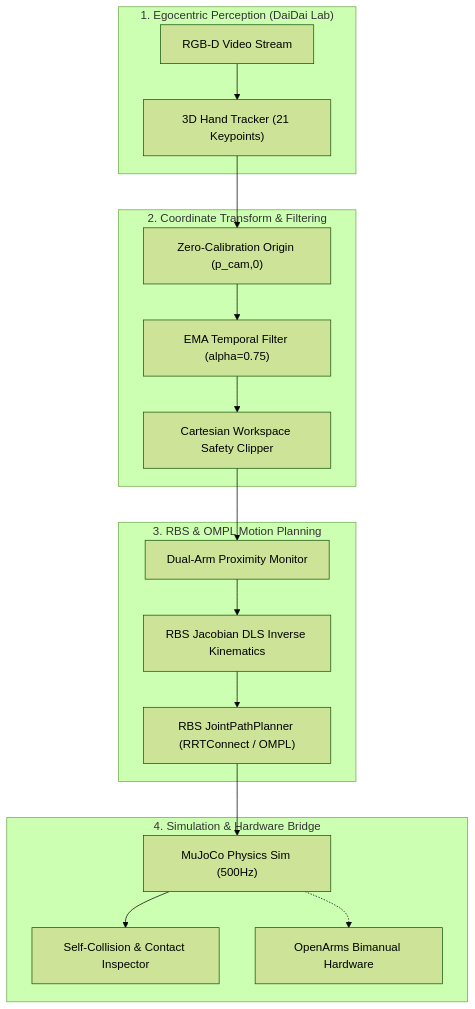
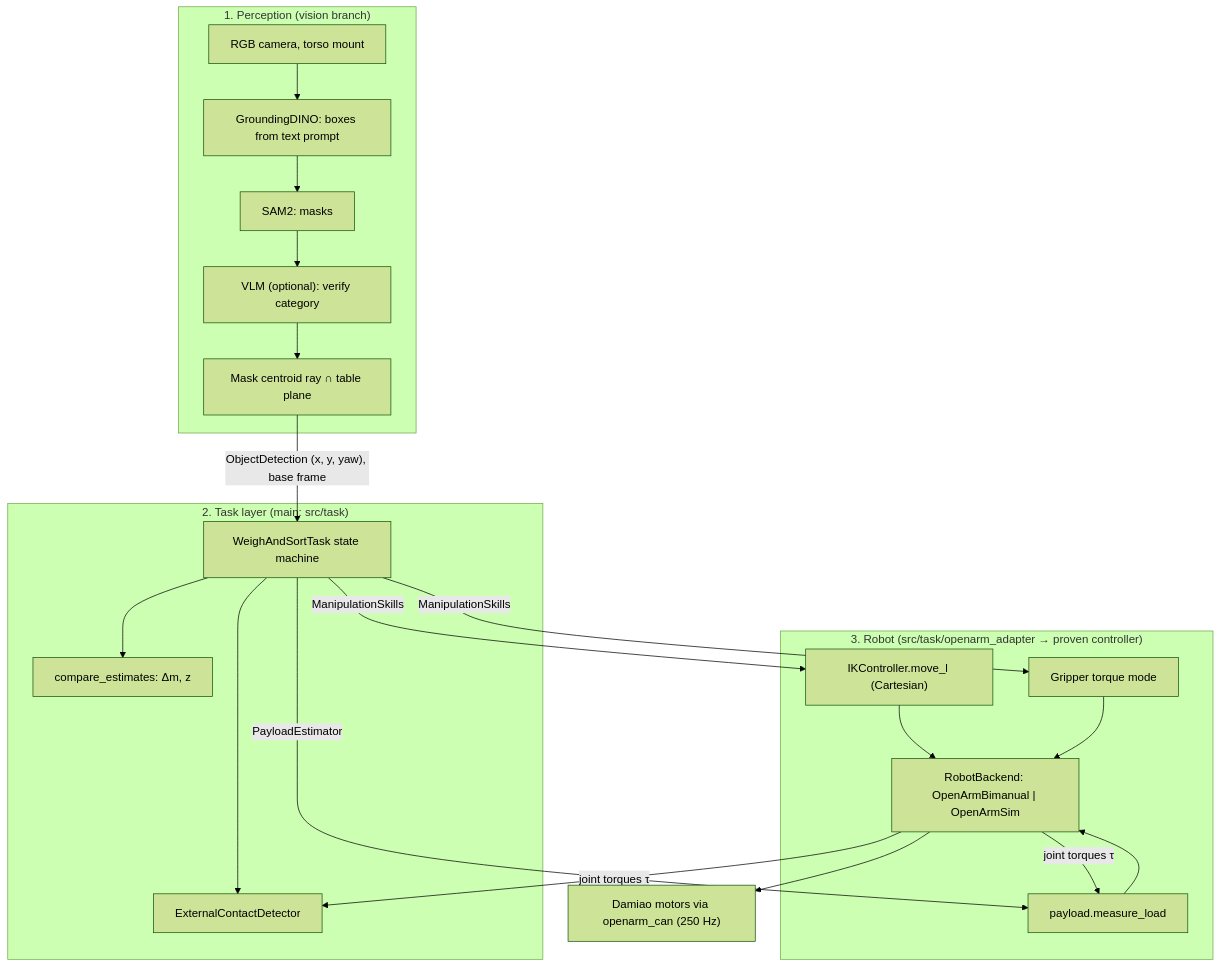
Before and after one commit to pietrodardano/OpenARM_FR3_UR5e: the diagram in docs/architecture.md, drawn with Mermaid (forest theme). The commit also changed other lines of this file and 58 other files, not shown here.

````diff
--- a/docs/architecture.md
+++ b/docs/architecture.md
@@ -5,31 +9,34 @@
 ```mermaid
 graph TD
-    subgraph Egocentric Perception ["1. Egocentric Perception (DaiDai Lab)"]
-        CamStream["RGB-D Video Stream"]
-        HandTrack["3D Hand Tracker (21 Keypoints)"]
-        CamStream --> HandTrack
+    subgraph Perception ["1. Perception (vision branch)"]
+        Cam["RGB camera, torso mount"]
+        DINO["GroundingDINO: boxes from text prompt"]
+        SAM["SAM2: masks"]
+        VLM["VLM (optional): verify category"]
+        Proj["Mask centroid ray ∩ table plane"]
+        Cam --> DINO --> SAM --> VLM --> Proj
     end
 
-    subgraph Coordinate Transformation ["2. Coordinate Transform & Filtering"]
-        CamOrigin["Zero-Calibration Origin (p_cam,0)"]
-        EMASmooth["EMA Temporal Filter (alpha=0.75)"]
-        CartBounds["Cartesian Workspace Safety Clipper"]
-        HandTrack --> CamOrigin --> EMASmooth --> CartBounds
+    subgraph Task ["2. Task layer (main: src/task)"]
+        FSM["WeighAndSortTask state machine"]
+        Cmp["compare_estimates: Δm, z"]
+        Contact["ExternalContactDetector"]
+        Proj -- "ObjectDetection (x, y, yaw), base frame" --> FSM
+        FSM --> Cmp
+        FSM --> Contact
     end
 
-    subgraph Coordination & Planning ["3. RBS & OMPL Motion Planning"]
-        DualState["Dual-Arm Proximity Monitor"]
-        RBS_IK["RBS Jacobian DLS Inverse Kinematics"]
-        OMPL["RBS JointPathPlanner (RRTConnect / OMPL)"]
-        CartBounds --> DualState --> RBS_IK --> OMPL
+    subgraph Robot ["3. Robot (src/task/openarm_adapter → proven controller)"]
+        IK["IKController.move_l (Cartesian)"]
+        Grip["Gripper torque mode"]
+        Payload["payload.measure_load"]
+        Backend["RobotBackend: OpenArmBimanual | OpenArmSim"]
+        FSM -- "ManipulationSkills" --> IK --> Backend
+        FSM -- "ManipulationSkills" --> Grip --> Backend
+        FSM -- "PayloadEstimator" --> Payload --> Backend
+        Backend -- "joint torques τ" --> Payload
+        Backend -- "joint torques τ" --> Contact
     end
 
-    subgraph Execution ["4. Simulation & Hardware Bridge"]
-        MuJoCoEnv["MuJoCo Physics Sim (500Hz)"]
-        CollisionCheck["Self-Collision & Contact Inspector"]
-        OpenArmsHW["OpenArms Bimanual Hardware"]
-        OMPL --> MuJoCoEnv
-        MuJoCoEnv --> CollisionCheck
-        MuJoCoEnv -.-> OpenArmsHW
-    end
+    Backend --> HW["Damiao motors via openarm_can (250 Hz)"]
 ```
````
